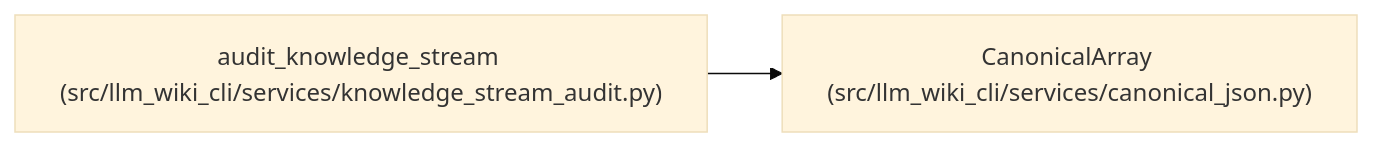
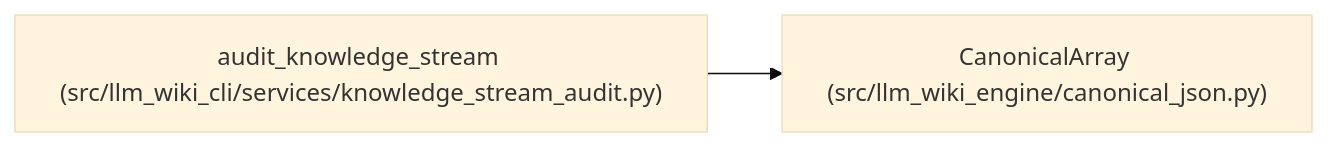
Before and after one commit to Denissvgn/python-wiki-llm: the diagram in docs/llm_wiki/entities/CanonicalArray.md, drawn with Mermaid (base theme). The commit also changed other lines of this file and 1103 other files, not shown here.

First line of the commit message:
docs: refresh the wiki for the llm-wiki-engine distribution

````diff
--- a/docs/llm_wiki/entities/CanonicalArray.md
+++ b/docs/llm_wiki/entities/CanonicalArray.md
@@ -26,8 +26,8 @@
 ```mermaid
 flowchart LR
-    n0["CanonicalArray (src/llm_wiki_cli/services/canonical_json.py)"]
+    n0["CanonicalArray (src/llm_wiki_engine/canonical_json.py)"]
     n1["audit_knowledge_stream (src/llm_wiki_cli/services/knowledge_stream_audit.py)"]
     n1 --> n0
     click n0 "../modules/canonical_json.md"
     click n1 "../modules/knowledge_stream_audit.md"
 ```
````
